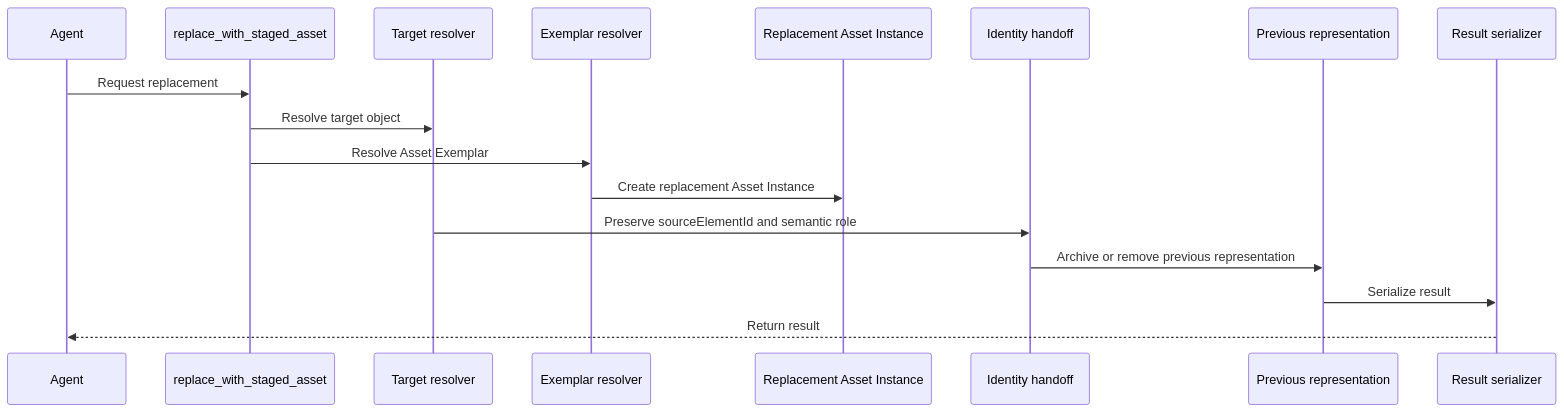
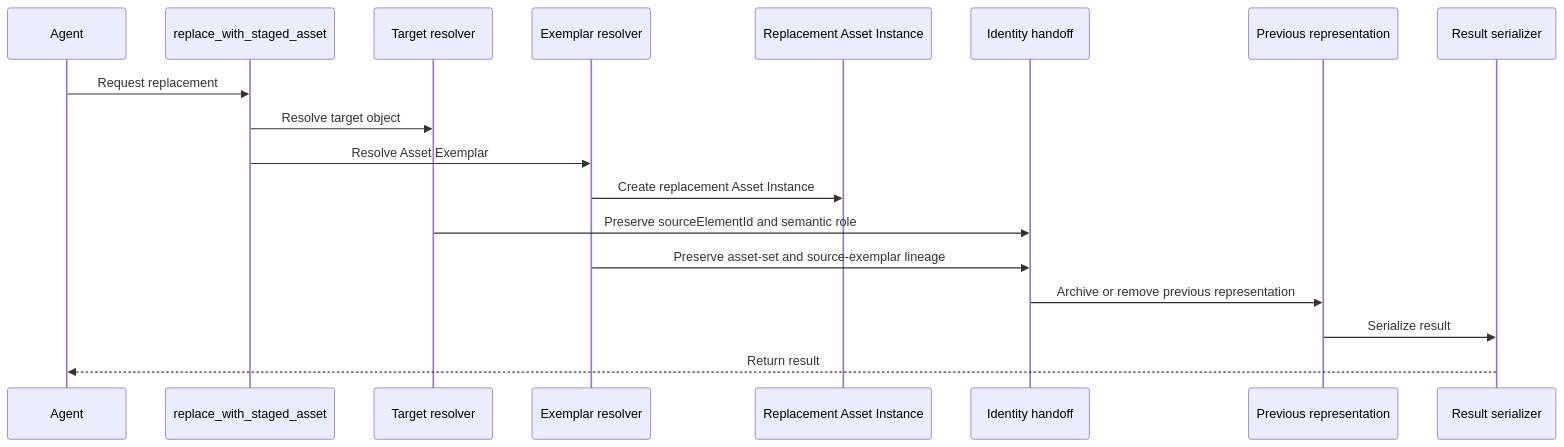
The third of 4 diagrams in specifications/hlds/hld-asset-exemplar-reuse.md (SidhNor/sketchup-mcp-server), drawn with Mermaid before and after one commit. The commit also changed other lines of this file and 10 other files, not shown here.

````diff
--- a/specifications/hlds/hld-asset-exemplar-reuse.md
+++ b/specifications/hlds/hld-asset-exemplar-reuse.md
@@ -154,20 +175,21 @@
 ```mermaid
 sequenceDiagram
   participant Agent
   participant Tool as replace_with_staged_asset
   participant Target as Target resolver
   participant Exemplar as Exemplar resolver
   participant Replacement as Replacement Asset Instance
   participant Identity as Identity handoff
   participant Previous as Previous representation
   participant Serializer as Result serializer
 
   Agent->>Tool: Request replacement
   Tool->>Target: Resolve target object
   Tool->>Exemplar: Resolve Asset Exemplar
   Exemplar->>Replacement: Create replacement Asset Instance
   Target->>Identity: Preserve sourceElementId and semantic role
+  Exemplar->>Identity: Preserve asset-set and source-exemplar lineage
   Identity->>Previous: Archive or remove previous representation
   Previous->>Serializer: Serialize result
   Serializer-->>Agent: Return result
 ```
````
